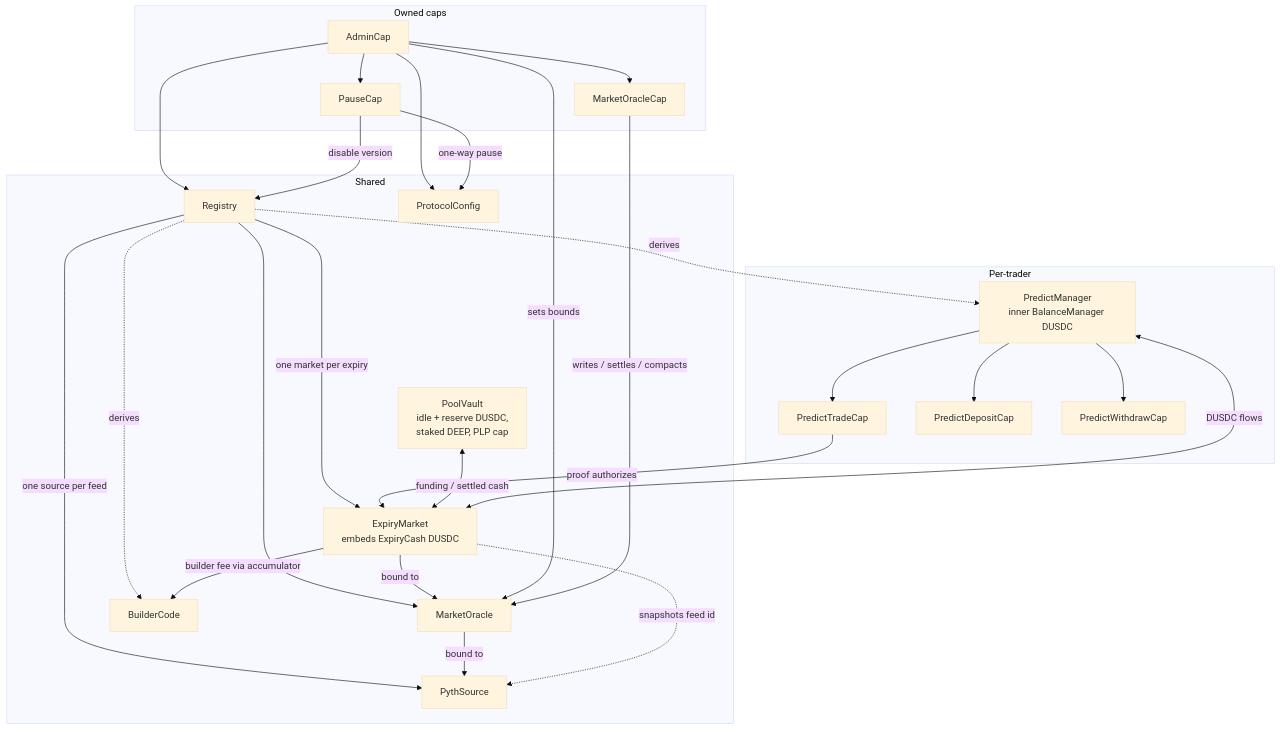
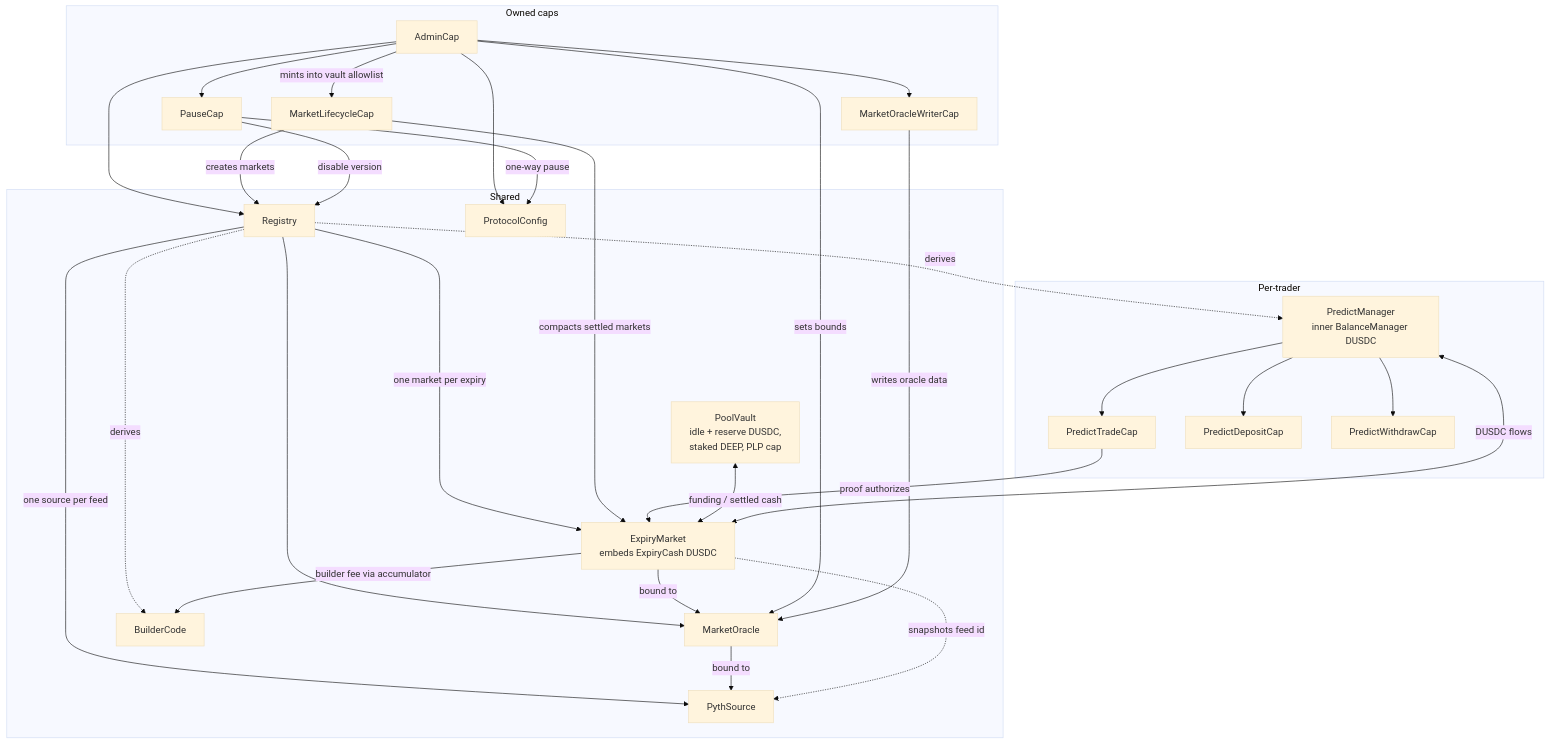
One commit to MystenLabs/deepbookv3 changed the diagram in packages/predict/docs/design/architecture.md. Above: the diagram before and after it, drawn with Mermaid (base theme). The commit also changed other lines of this file and 27 other files, not shown here.

````diff
--- a/packages/predict/docs/design/architecture.md
+++ b/packages/predict/docs/design/architecture.md
@@ -86,52 +89,56 @@
 ```mermaid
 graph TD
     subgraph Shared
         REG[Registry]
         CFG[ProtocolConfig]
         VAULT[PoolVault<br/>idle + reserve DUSDC,<br/>staked DEEP, PLP cap]
         EM[ExpiryMarket<br/>embeds ExpiryCash DUSDC]
         MO[MarketOracle]
         PS[PythSource]
         BC[BuilderCode]
     end
 
     subgraph Owned caps
         ADMIN[AdminCap]
         PAUSE[PauseCap]
-        MOC[MarketOracleCap]
+        MOWC[MarketOracleWriterCap]
+        MOLC[MarketLifecycleCap]
     end
 
     subgraph Per-trader
         PM[PredictManager<br/>inner BalanceManager DUSDC]
         TC[PredictTradeCap]
         DC[PredictDepositCap]
         WC[PredictWithdrawCap]
     end
 
     REG -. derives .-> PM
     REG -. derives .-> BC
     REG -->|one source per feed| PS
     REG -->|one market per expiry| EM
     REG --> MO
 
     EM -->|bound to| MO
     MO -->|bound to| PS
     EM -.->|snapshots feed id| PS
 
     ADMIN --> CFG
     ADMIN --> REG
-    ADMIN --> MOC
+    ADMIN --> MOWC
+    ADMIN -->|mints into vault allowlist| MOLC
     ADMIN --> PAUSE
     ADMIN -->|sets bounds| MO
-    MOC -->|writes / settles / compacts| MO
+    MOWC -->|writes oracle data| MO
+    MOLC -->|creates markets| REG
+    MOLC -->|compacts settled markets| EM
     PAUSE -->|one-way pause| CFG
     PAUSE -->|disable version| REG
 
     PM --> TC
     PM --> DC
     PM --> WC
     TC -->|proof authorizes| EM
     EM <-->|DUSDC flows| PM
     VAULT <-->|funding / settled cash| EM
     EM -->|builder fee via accumulator| BC
 ```
````
